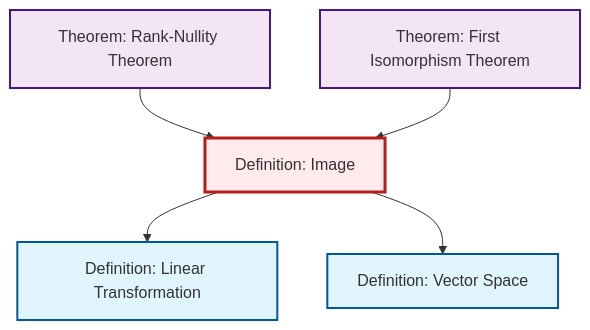
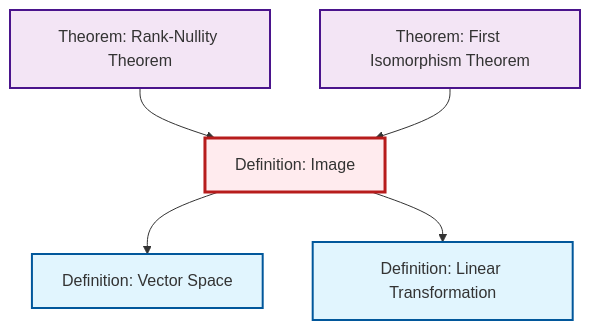
Before and after one commit to RK0429/ModernMath: the diagram in content/ja/algebra/def-image.qmd, drawn with Mermaid. The commit also changed other lines of this file and 491 other files, not shown here.

````diff
--- a/content/ja/algebra/def-image.qmd
+++ b/content/ja/algebra/def-image.qmd
@@ -55,23 +55,23 @@
 ```{mermaid}
 %%| fig-cap: "Local dependency graph"
 graph TD
     classDef definition fill:#e1f5fe,stroke:#01579b,stroke-width:2px
     classDef theorem fill:#f3e5f5,stroke:#4a148c,stroke-width:2px
     classDef axiom fill:#fff3e0,stroke:#e65100,stroke-width:2px
     classDef example fill:#e8f5e9,stroke:#1b5e20,stroke-width:2px
     classDef current fill:#ffebee,stroke:#b71c1c,stroke-width:3px
     thm-first-isomorphism["Theorem: First Isomorphism Theorem"]:::theorem
+    def-linear-transformation["Definition: Linear Transformation"]:::definition
+    def-vector-space["Definition: Vector Space"]:::definition
+    thm-rank-nullity["Theorem: Rank-Nullity Theorem"]:::theorem
     def-image["Definition: Image"]:::definition
-    def-linear-transformation["Definition: Linear Transformation"]:::definition
-    thm-rank-nullity["Theorem: Rank-Nullity Theorem"]:::theorem
-    def-vector-space["Definition: Vector Space"]:::definition
+    def-image --> def-vector-space
+    def-image --> def-linear-transformation
     thm-rank-nullity --> def-image
-    def-image --> def-linear-transformation
     thm-first-isomorphism --> def-image
-    def-image --> def-vector-space
     class def-image current
     click thm-first-isomorphism "thm-first-isomorphism.html" "Theorem: First Isomorphism Theoremへ"
     click def-linear-transformation "def-linear-transformation.html" "Definition: Linear Transformationへ"
+    click def-vector-space "def-vector-space.html" "Definition: Vector Spaceへ"
     click thm-rank-nullity "thm-rank-nullity.html" "Theorem: Rank-Nullity Theoremへ"
-    click def-vector-space "def-vector-space.html" "Definition: Vector Spaceへ"
 ```
````
